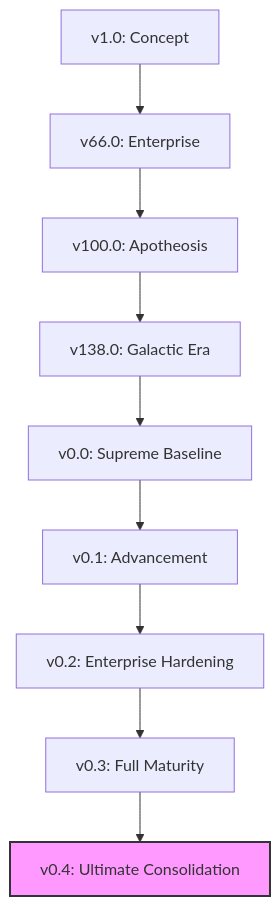
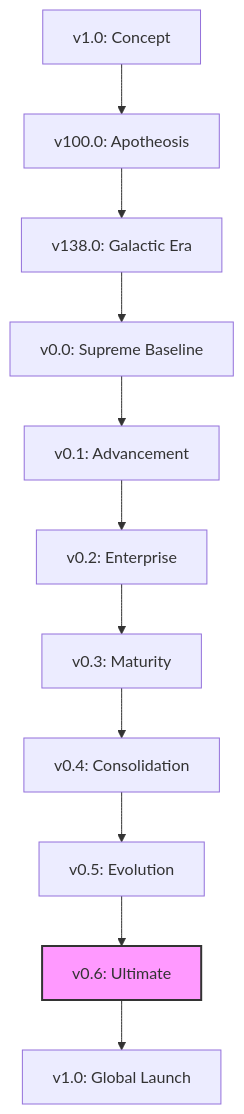
Before and after one commit to Rehan719/Workstation: the diagram in VERSION_LINEAGE_FINAL.md, drawn with Mermaid. The commit also changed other lines of this file and 10 other files, not shown here.

````diff
--- a/VERSION_LINEAGE_FINAL.md
+++ b/VERSION_LINEAGE_FINAL.md
@@ -23,13 +24,15 @@
 ```mermaid
 graph TD
-    v1.0[v1.0: Concept] --> v66.0[v66.0: Enterprise]
-    v66.0 --> v100.0[v100.0: Apotheosis]
+    v1.0[v1.0: Concept] --> v100.0[v100.0: Apotheosis]
     v100.0 --> v138.0[v138.0: Galactic Era]
     v138.0 --> v0.0[v0.0: Supreme Baseline]
     v0.0 --> v0.1[v0.1: Advancement]
-    v0.1 --> v0.2[v0.2: Enterprise Hardening]
-    v0.2 --> v0.3[v0.3: Full Maturity]
-    v0.3 --> v0.4[v0.4: Ultimate Consolidation]
+    v0.1 --> v0.2[v0.2: Enterprise]
+    v0.2 --> v0.3[v0.3: Maturity]
+    v0.3 --> v0.4[v0.4: Consolidation]
+    v0.4 --> v0.5[v0.5: Evolution]
+    v0.5 --> v0.6[v0.6: Ultimate]
+    v0.6 --> v1.0_Final[v1.0: Global Launch]
 
-    style v0.4 fill:#f9f,stroke:#333,stroke-width:2px
+    style v0.6 fill:#f9f,stroke:#333,stroke-width:2px
 ```
````
